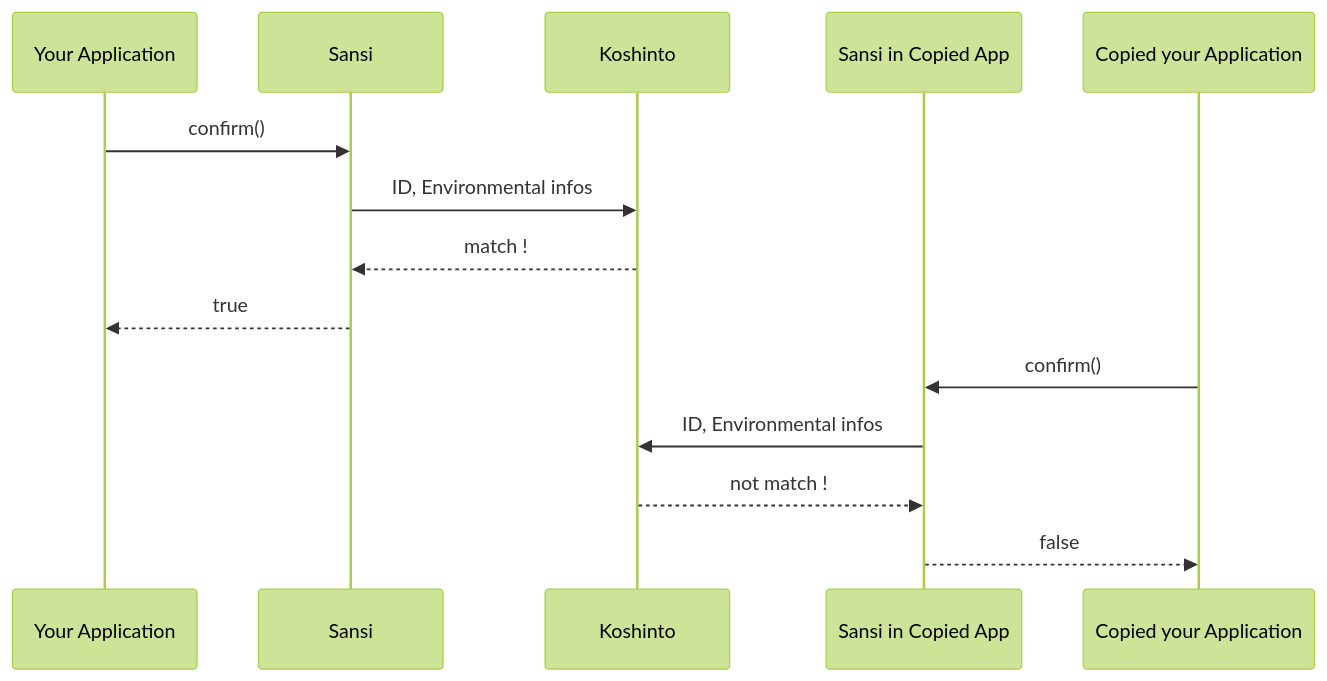
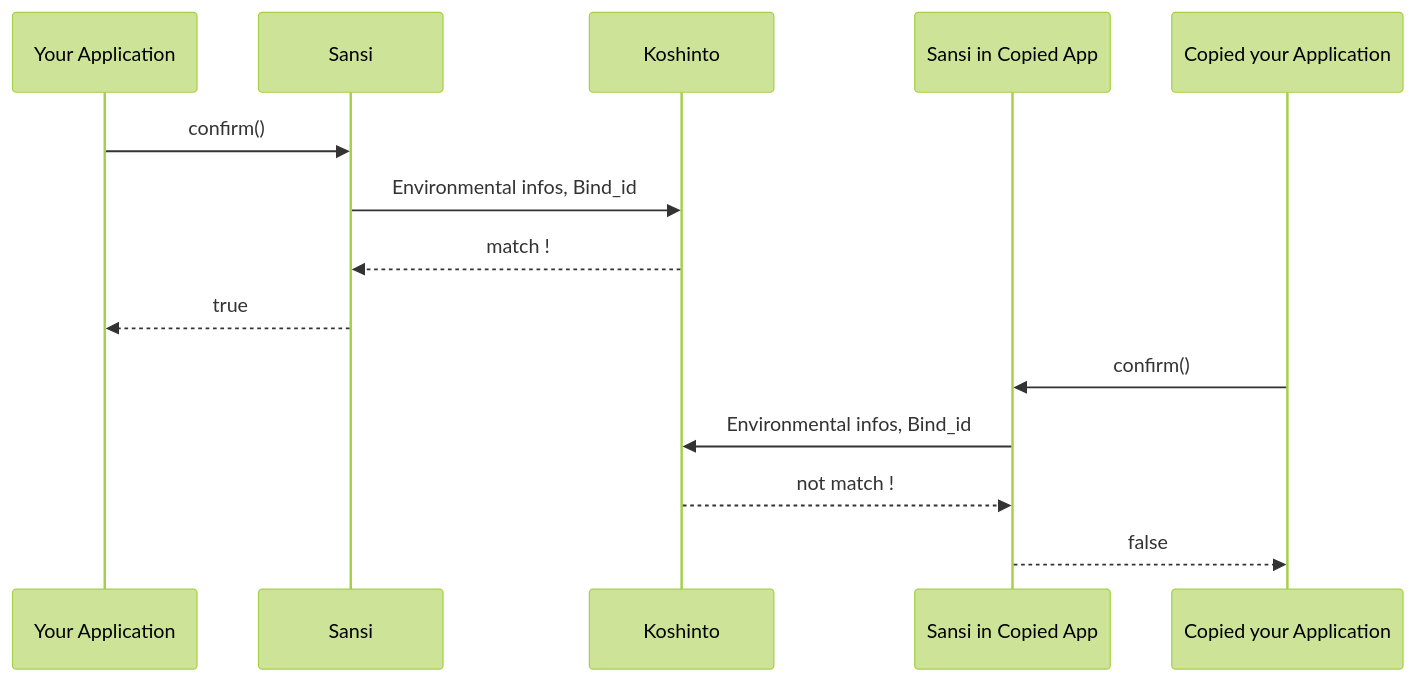
The diagram in README.md (UedaTakeyuki/sansi_examples), drawn with Mermaid (forest theme) before and after one commit. The commit also changed other lines of this file, not shown here.

````diff
--- a/README.md
+++ b/README.md
@@ -13,18 +20,18 @@
 ```mermaid
 sequenceDiagram;
 participant Your Application
 participant Sansi
 participant Koshinto
 participant Sansi in Copied App
 participant Copied your Application
 
 Your Application->>Sansi: confirm()
-Sansi->>Koshinto: ID, Environmental infos
+Sansi->>Koshinto: Environmental infos, Bind_id
 Koshinto-->>Sansi: match !
 Sansi-->>Your Application: true
 
 Copied your Application->>Sansi in Copied App: confirm()
-Sansi in Copied App->>Koshinto: ID, Environmental infos
+Sansi in Copied App->>Koshinto: Environmental infos, Bind_id
 Koshinto-->>Sansi in Copied App: not match !
 Sansi in Copied App-->>Copied your Application: false
 ```
````
